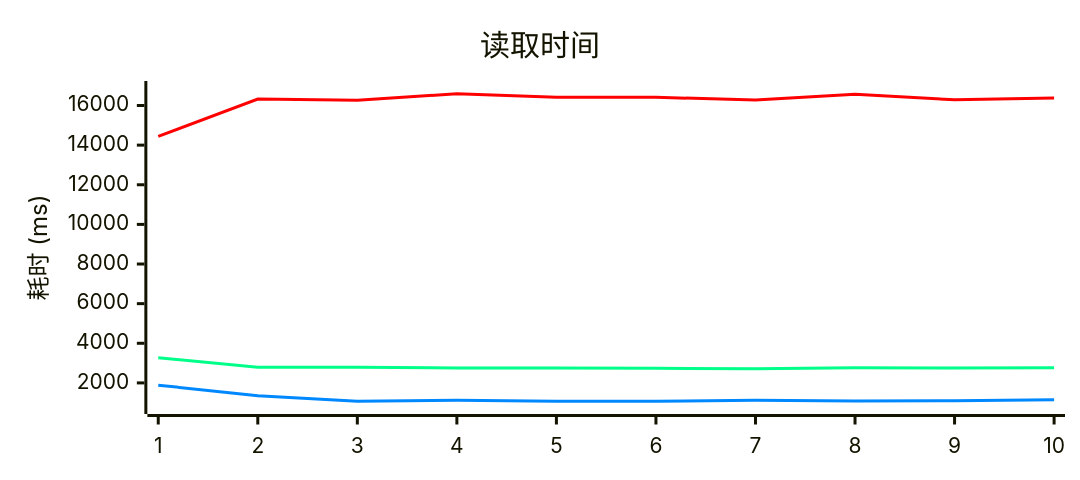
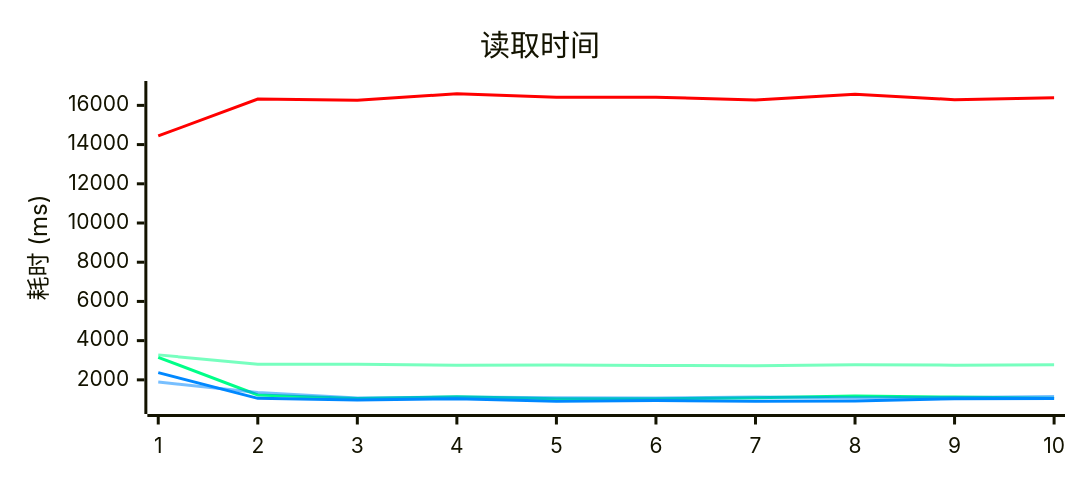
Before and after one commit to RDCN-Community-Developers/RhythmToolkit: the second of 3 diagrams in README_cn.md, drawn with Mermaid. The commit also changed other lines of this file and 1 other file, not shown here.

````diff
--- a/README_cn.md
+++ b/README_cn.md
@@ -114,19 +113,23 @@
 ```mermaid
 ---
 config:
     xyChart:
         height: 300
     themeVariables:
         xyChart:
-            plotColorPalette: '#FF0000, #00FF88, #0088FF'
+            plotColorPalette: '#F00, #0F88, #0F8, #08F8, #08F'
 ---
 xychart
   title "读取时间"
     y-axis "耗时 (ms)"
     %% RDLE
     line [14441.1006, 16324.7944, 16264.1535, 16592.9209, 16411.6373, 16414.5378, 16274.7375, 16567.1659, 16288.4762, 16382.9809]
-    %% RDTK .NET Standard 2.0
+    %% RDTK .NET Standard 2.0 v1.3.4
     line [3273.9261, 2793.1168, 2796.0169, 2750.7386, 2757.9804, 2734.5127, 2715.0270, 2765.0712, 2749.9744, 2764.9854]
-    %% RDTK .NET 8.0
+    %% RDTK .NET Standard 2.0 v1.3.9
+    line [3148.9088,1226.1298,1054.2334,1134.9715,1033.4164,1030.4823,1088.7369,1178.1487,1120.97,1055.3118]
+    %% RDTK .NET 8.0 v1.3.4
     line [1887.2656, 1353.3896, 1076.3732, 1121.0746, 1080.6883, 1074.4476, 1122.7722, 1091.6990, 1103.6302, 1149.2975]
+    %% RDTK .NET 8.0 v1.3.9
+    line [2367.0337,1056.9628,966.5576,1035.8415,913.1249,946.951,908.2692,917.0895,1036.6879,1048.7651]
 ```
````
